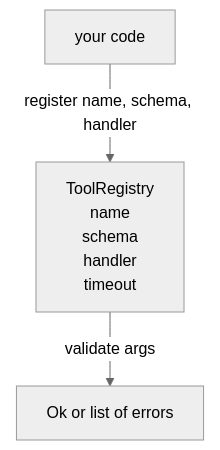
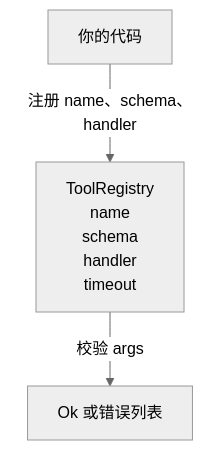
One commit to JerryC8080/ai-engineering-from-scratch-zh changed the diagram in phases/19-capstone-projects/21-tool-registry-schema-validation/docs/zh.md. Above: the diagram before and after it, drawn with Mermaid (neutral theme). The commit also changed 156 other files, not shown here.

First line of the commit message:
i18n(zh): translate mermaid diagram labels in 157 lesson zh.md

````diff
--- a/phases/19-capstone-projects/21-tool-registry-schema-validation/docs/zh.md
+++ b/phases/19-capstone-projects/21-tool-registry-schema-validation/docs/zh.md
@@ -82,8 +82,8 @@
 ```mermaid
 flowchart TD
-    code[your code]
+    code[你的代码]
     reg[ToolRegistry<br/>name<br/>schema<br/>handler<br/>timeout]
-    out[Ok or list of errors]
-    code -->|register name, schema, handler| reg
-    reg -->|validate args| out
+    out[Ok 或错误列表]
+    code -->|注册 name、schema、handler| reg
+    reg -->|校验 args| out
 ```
````
